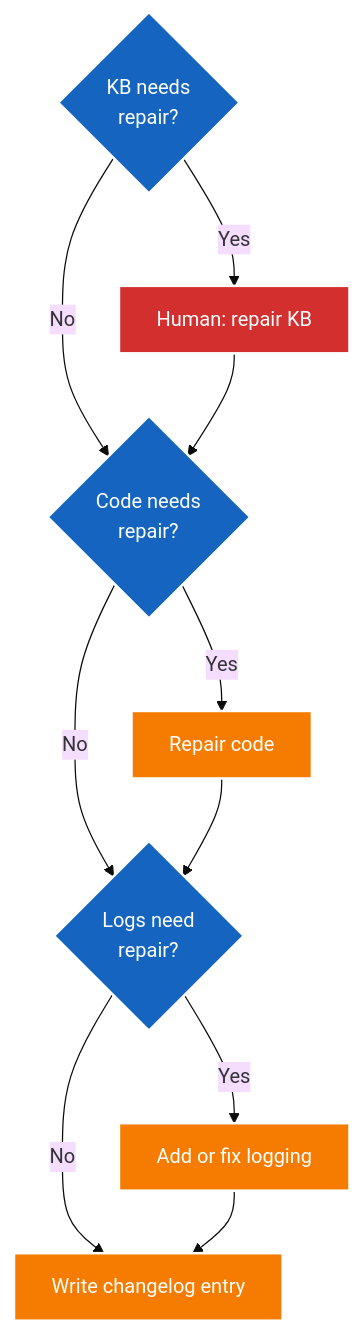
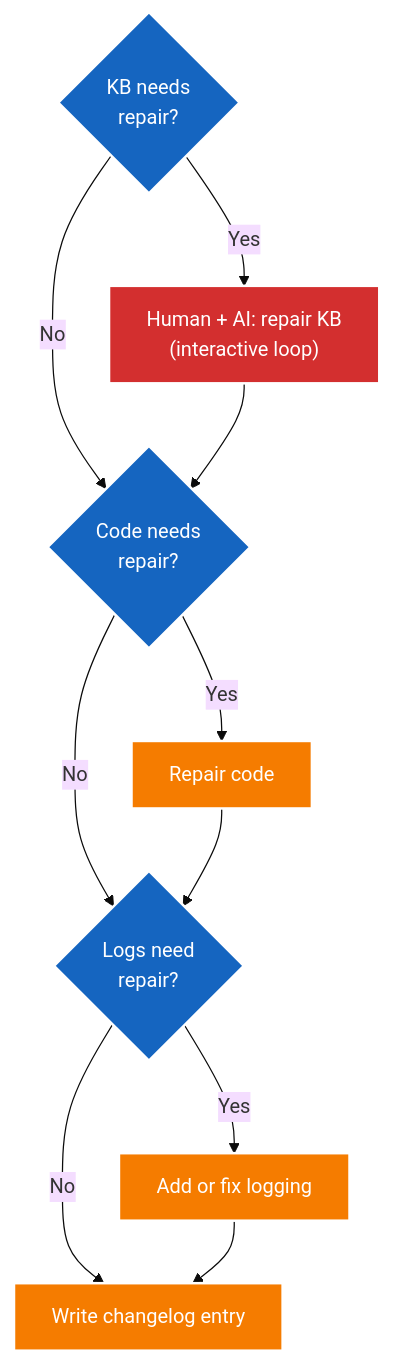
The fifth of 5 diagrams in knowledge/knowledge-theories/ai-use-theory/ai-use-theory.md (jacoby149/web10), drawn with Mermaid (base theme) before and after one commit. The commit also changed other lines of this file and 3 other files, not shown here.

Commit message:
docs: AI Use Theory — human-assisted KB repair + integration possibilities

````diff
--- a/knowledge/knowledge-theories/ai-use-theory/ai-use-theory.md
+++ b/knowledge/knowledge-theories/ai-use-theory/ai-use-theory.md
@@ -162,24 +162,24 @@
 ```mermaid
 flowchart TD
-    KB{"KB needs\nrepair?"} -->|"Yes"| FIX_KB["Human: repair KB"]
+    KB{"KB needs\nrepair?"} -->|"Yes"| FIX_KB["Human + AI: repair KB\n(interactive loop)"]
     KB -->|"No"| CODE{"Code needs\nrepair?"}
     FIX_KB --> CODE
     CODE -->|"Yes"| FIX_CODE["Repair code"]
     CODE -->|"No"| LOGS{"Logs need\nrepair?"}
     FIX_CODE --> LOGS
     LOGS -->|"Yes"| FIX_LOGS["Add or fix logging"]
     LOGS -->|"No"| CHANGELOG["Write changelog entry"]
     FIX_LOGS --> CHANGELOG
 
     classDef repair fill:#1565c0,color:#fff,stroke:#fff,stroke-width:2px
     classDef human fill:#d32f2f,color:#fff,stroke:#fff,stroke-width:2px
     classDef action fill:#f57c00,color:#fff,stroke:#fff,stroke-width:2px
 
     class KB repair
     class CODE repair
     class LOGS repair
     class FIX_KB human
     class FIX_CODE action
     class FIX_LOGS action
     class CHANGELOG action
 ```
````
